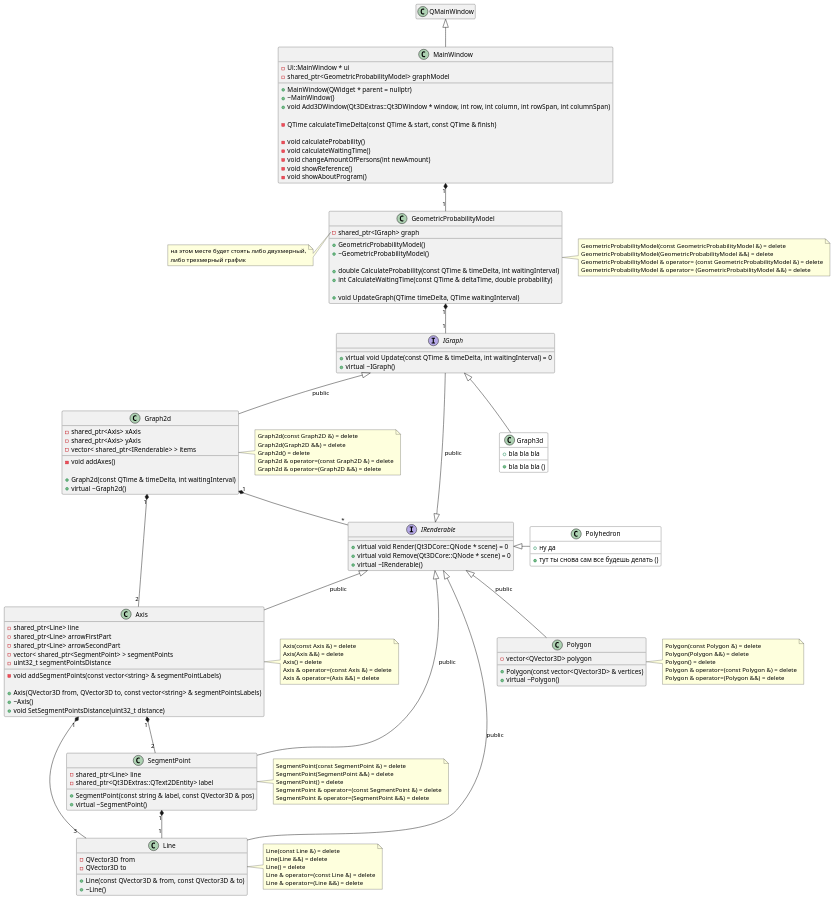
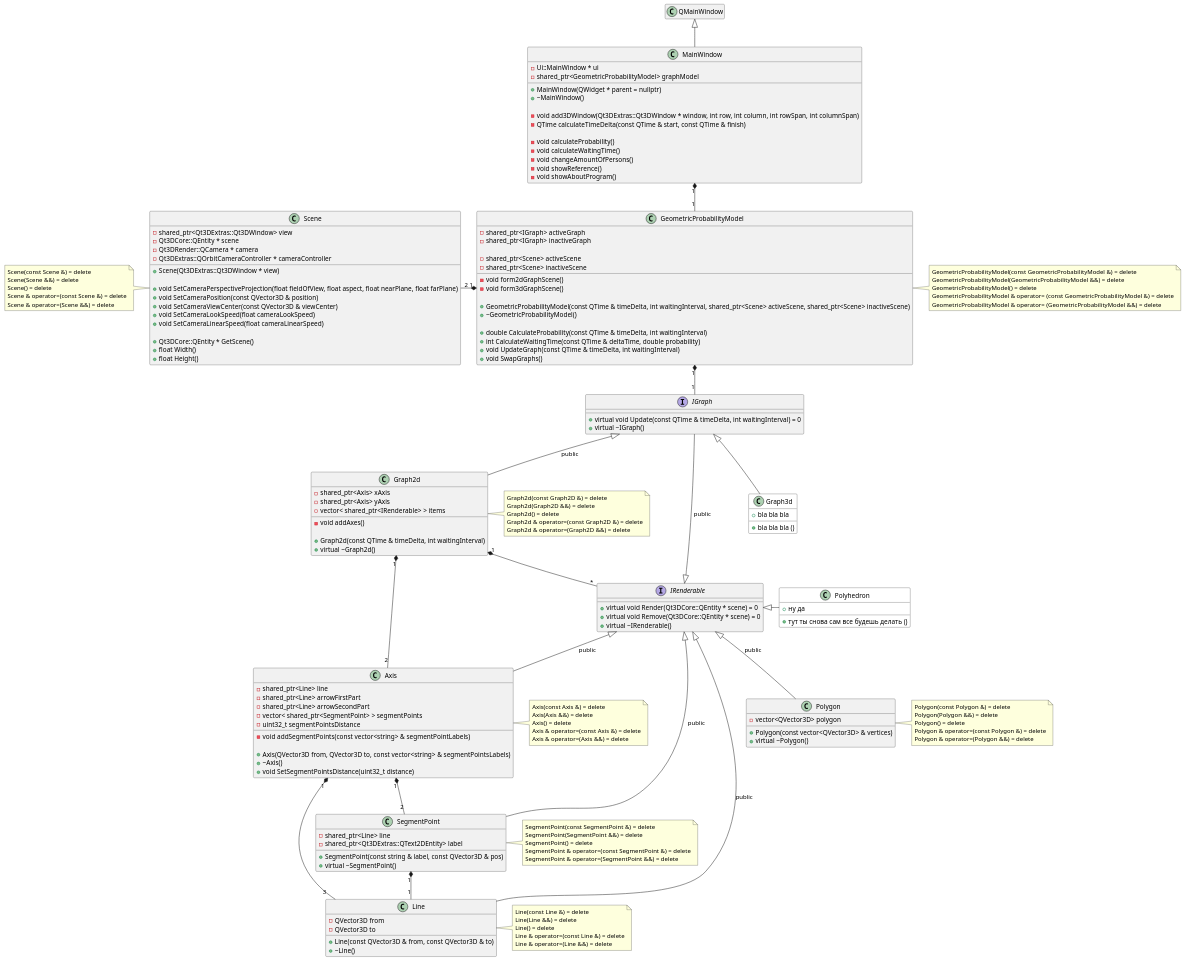
Before and after one commit to HandsAndKeyboards/AppointmentProblem: the diagram in doc/graph2d class.puml, drawn with PlantUML. The commit also changed 18 other files, not shown here.

```diff
--- a/doc/graph2d class.puml
+++ b/doc/graph2d class.puml
@@ -8,13 +8,13 @@
 
     + MainWindow(QWidget * parent = nullptr)
     + ~MainWindow()
-    + void Add3DWindow(Qt3DExtras::Qt3DWindow * window, int row, int column, int rowSpan, int columnSpan)
 
+    - void add3DWindow(Qt3DExtras::Qt3DWindow * window, int row, int column, int rowSpan, int columnSpan)
     - QTime calculateTimeDelta(const QTime & start, const QTime & finish)
 
     - void calculateProbability()
     - void calculateWaitingTime()
-    - void changeAmountOfPersons(int newAmount)
+    - void changeAmountOfPersons()
     - void showReference()
     - void showAboutProgram()
 }
@@ -24,15 +24,22 @@
 
 
 class GeometricProbabilityModel {
-    - shared_ptr<IGraph> graph
+    - shared_ptr<IGraph> activeGraph
+    - shared_ptr<IGraph> inactiveGraph
 
-    + GeometricProbabilityModel()
+    - shared_ptr<Scene> activeScene
+    - shared_ptr<Scene> inactiveScene
+
+    - void form2dGraphScene()
+    - void form3dGraphScene()
+
+    + GeometricProbabilityModel(const QTime & timeDelta, int waitingInterval, shared_ptr<Scene> activeScene, shared_ptr<Scene> inactiveScene)
     + ~GeometricProbabilityModel()
 
     + double CalculateProbability(const QTime & timeDelta, int waitingInterval)
     + int CalculateWaitingTime(const QTime & deltaTime, double probability)
-
-    + void UpdateGraph(QTime timeDelta, QTime waitingInterval)
+    + void UpdateGraph(const QTime & timeDelta, int waitingInterval)
+    + void SwapGraphs()
 }
 MainWindow "1" *-- "1" GeometricProbabilityModel
 note left of GeometricProbabilityModel::"graph"
@@ -42,6 +49,7 @@
 note right of GeometricProbabilityModel
     GeometricProbabilityModel(const GeometricProbabilityModel &) = delete
     GeometricProbabilityModel(GeometricProbabilityModel &&) = delete
+    GeometricProbabilityModel() = delete
     GeometricProbabilityModel & operator= (const GeometricProbabilityModel &) = delete
     GeometricProbabilityModel & operator= (GeometricProbabilityModel &&) = delete
 end note
@@ -163,8 +171,8 @@
 
 
 interface IRenderable {
-    + virtual void Render(Qt3DCore::QNode * scene) = 0
-    + virtual void Remove(Qt3DCore::QNode * scene) = 0
+    + virtual void Render(Qt3DCore::QEntity * scene) = 0
+    + virtual void Remove(Qt3DCore::QEntity * scene) = 0
     + virtual ~IRenderable()
 }
 IGraph -[hidden]- IRenderable
@@ -189,4 +197,33 @@
     Line & operator=(Line &&) = delete
 end note
 
+
+
+class Scene {
+	- shared_ptr<Qt3DExtras::Qt3DWindow> view
+	- Qt3DCore::QEntity * scene
+	- Qt3DRender::QCamera * camera
+	- Qt3DExtras::QOrbitCameraController * cameraController
+
+    + Scene(Qt3DExtras::Qt3DWindow * view)
+
+	+ void SetCameraPerspectiveProjection(float fieldOfView, float aspect, float nearPlane, float farPlane)
+	+ void SetCameraPosition(const QVector3D & position)
+	+ void SetCameraViewCenter(const QVector3D & viewCenter)
+	+ void SetCameraLookSpeed(float cameraLookSpeed)
+	+ void SetCameraLinearSpeed(float cameraLinearSpeed)
+
+	+ Qt3DCore::QEntity * GetScene()
+	+ float Width()
+	+ float Height()
+}
+GeometricProbabilityModel "1" *-left- "2" Scene
+note left of Scene
+    Scene(const Scene &) = delete
+    Scene(Scene &&) = delete
+    Scene() = delete
+    Scene & operator=(const Scene &) = delete
+    Scene & operator=(Scene &&) = delete
+end note
+
 @enduml
```
